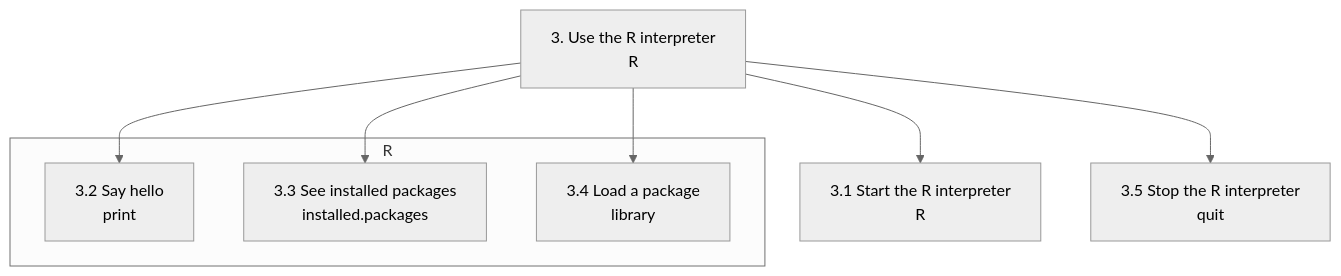
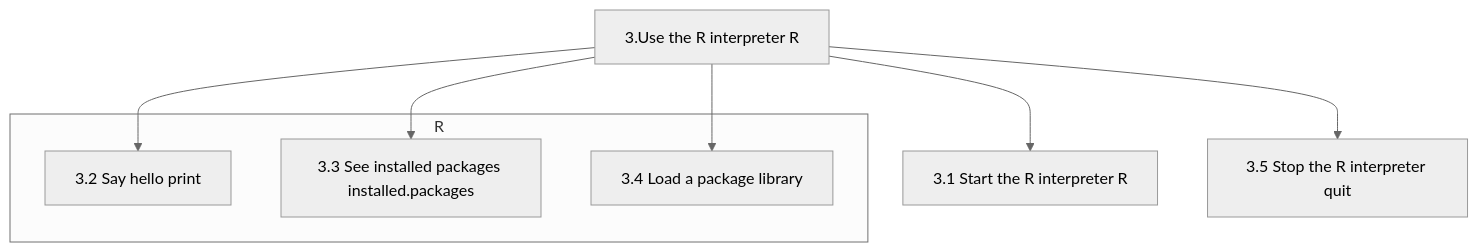
Before and after one commit to UPPMAX/R-python-julia-matlab-HPC: the diagram in docs/r/load_run_r_interpreter.mmd, drawn with Mermaid (neutral theme). The commit also changed 6 other files, not shown here.

Commit message:
Fix mermaid markdown, progress #68

```diff
--- a/docs/r/load_run_r_interpreter.mmd
+++ b/docs/r/load_run_r_interpreter.mmd
@@ -1,16 +1,16 @@
 flowchart TD
 
-  use_r_interpreter[3. Use the R interpreter\nR]
-  start_r_interpreter[3.1 Start the R interpreter\nR]
+  use_r_interpreter[3.Use the R interpreter R]
+  start_r_interpreter[3.1 Start the R interpreter R]
   subgraph R
-    say_hello[3.2 Say hello\nprint]
-    see_installed_packages[3.3 See installed packages\ninstalled.packages]
-    load_package[3.4 Load a package\nlibrary]
+    say_hello[3.2 Say hello print]
+    see_installed_packages[3.3 See installed packages installed.packages]
+    load_package[3.4 Load a package library]
   end
-  stop_r_interpreter[3.5 Stop the R interpreter\nquit]
+  stop_r_interpreter[3.5 Stop the R interpreter quit]
 
   use_r_interpreter --> start_r_interpreter
   use_r_interpreter --> say_hello
   use_r_interpreter --> see_installed_packages
   use_r_interpreter --> load_package
   use_r_interpreter --> stop_r_interpreter
```
